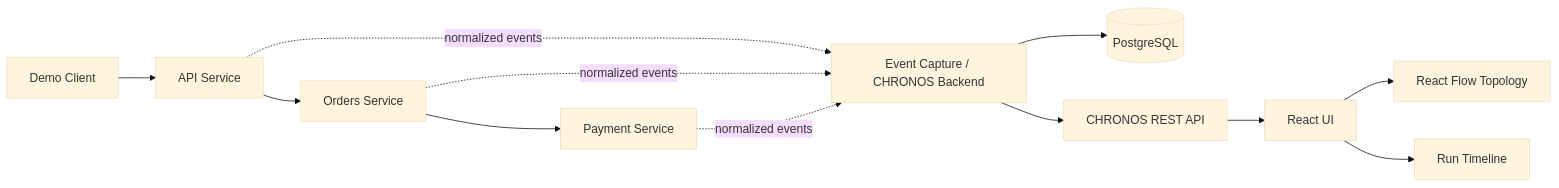
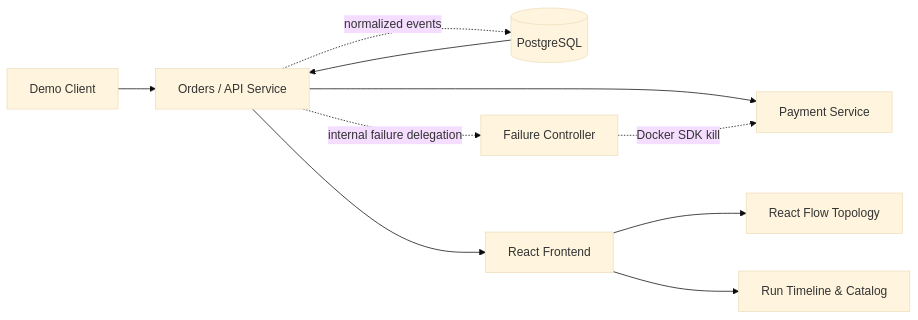
The diagram in CHRONOS_CONTEXT.md (sirbasil/chronos), drawn with Mermaid (base theme) before and after one commit. The commit also changed other lines of this file, not shown here.

Commit message:
docs: reconcile CHRONOS context through 2026-11-09

````diff
--- a/CHRONOS_CONTEXT.md
+++ b/CHRONOS_CONTEXT.md
@@ -137,14 +137,12 @@
 ```mermaid
 flowchart LR
-    C[Demo Client] --> API[API Service]
-    API --> ORD[Orders Service]
-    ORD --> PAY[Payment Service]
-    API -. normalized events .-> COL[Event Capture / CHRONOS Backend]
-    ORD -. normalized events .-> COL
-    PAY -. normalized events .-> COL
-    COL --> PG[(PostgreSQL)]
-    COL --> REST[CHRONOS REST API]
-    REST --> UI[React UI]
+    C[Demo Client] --> API[Orders / API Service]
+    API --> PAY[Payment Service]
+    API -. normalized events .-> PG[(PostgreSQL)]
+    API -. internal failure delegation .-> FC[Failure Controller]
+    FC -. Docker SDK kill .-> PAY
+    PG --> API
+    API --> UI[React Frontend]
     UI --> RF[React Flow Topology]
-    UI --> TL[Run Timeline]
+    UI --> TL[Run Timeline & Catalog]
 ```
````
